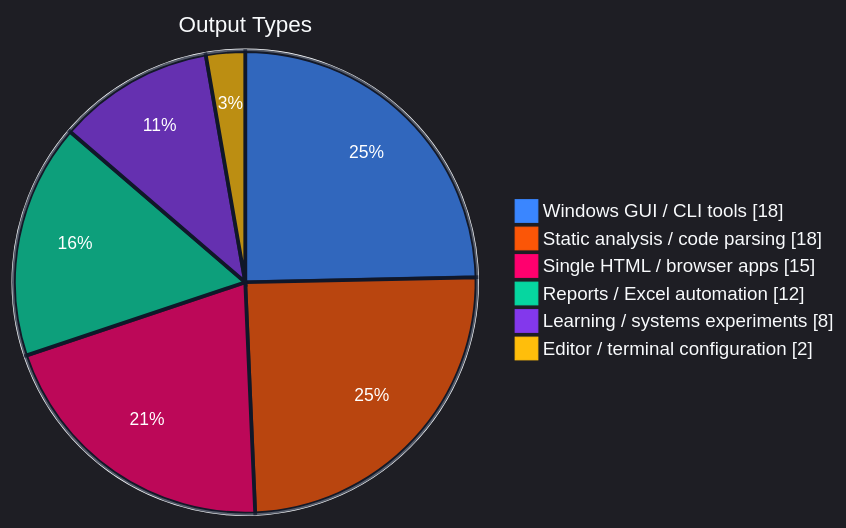
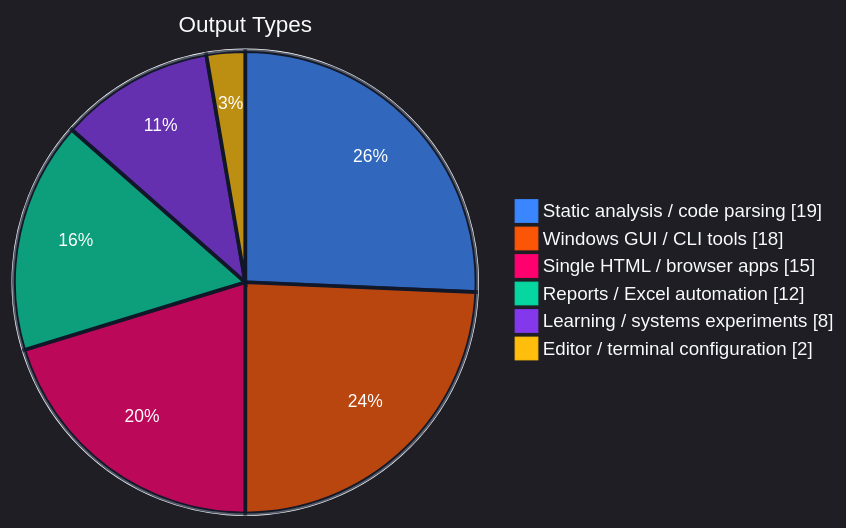
Before and after one commit to SSsan-00/SSsan-00: the second of 4 diagrams in README.md, drawn with Mermaid. The commit also changed other lines of this file and 2 other files, not shown here.

Commit message:
chore: update profile visuals

````diff
--- a/README.md
+++ b/README.md
@@ -56,11 +56,11 @@
 ```mermaid
 %%{init: {"theme":"dark","themeVariables":{"background":"#0f172a","mainBkg":"#0f172a","textColor":"#f8fafc","primaryTextColor":"#f8fafc","pieStrokeColor":"#0f172a","pieStrokeWidth":"3px","pieOuterStrokeColor":"#f8fafc","pieOuterStrokeWidth":"2px","pieTitleTextColor":"#f8fafc","pieTitleTextSize":"18px","pieLegendTextColor":"#f8fafc","pieLegendTextSize":"15px","pieSectionTextColor":"#ffffff","pieSectionTextSize":"14px","pie1":"#3a86ff","pie2":"#fb5607","pie3":"#ff006e","pie4":"#06d6a0","pie5":"#8338ec","pie6":"#ffbe0b"}}}%%
 pie showData
   title Output Types
+  "Static analysis / code parsing" : 19
   "Windows GUI / CLI tools" : 18
-  "Static analysis / code parsing" : 18
   "Single HTML / browser apps" : 15
   "Reports / Excel automation" : 12
   "Learning / systems experiments" : 8
   "Editor / terminal configuration" : 2
 ```
````
